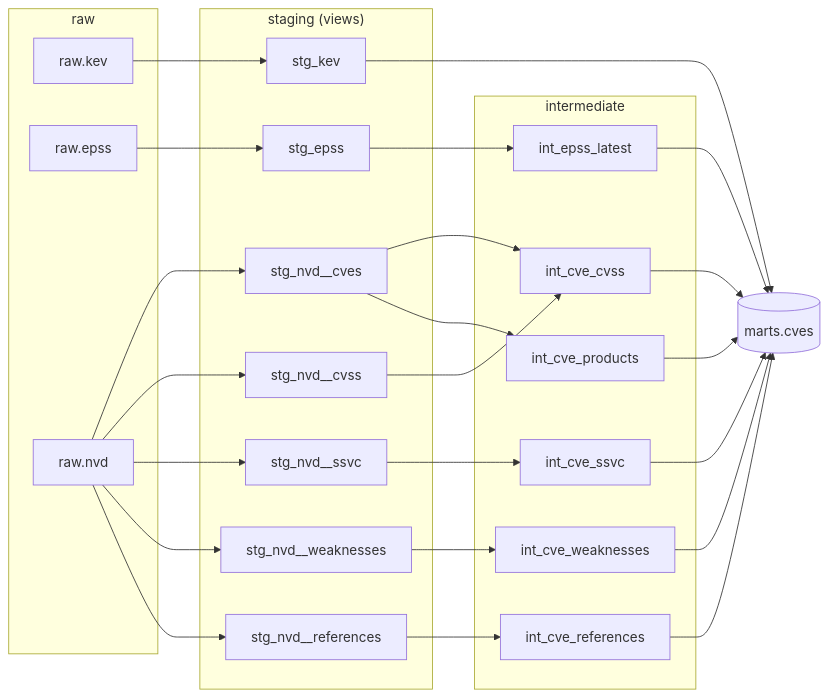
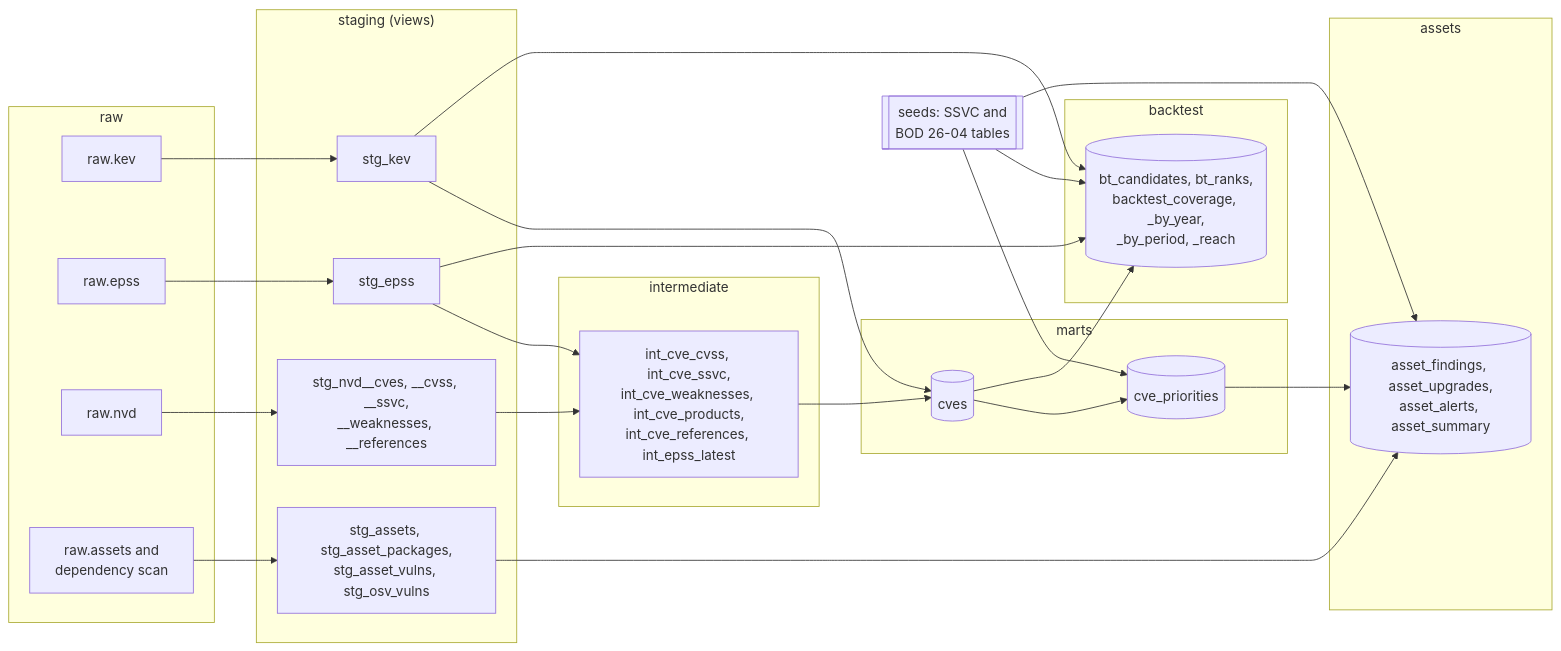
Before and after one commit to JoaoPedro0305/vuln-priority-pipeline: the second of 2 diagrams in README.md, drawn with Mermaid. The commit also changed other lines of this file and 1 other file, not shown here.

````diff
--- a/README.md
+++ b/README.md
@@ -119,35 +167,39 @@
 ```mermaid
 flowchart LR
     subgraph raw
         R1[raw.kev]
         R2[raw.epss]
         R3[raw.nvd]
+        R4[raw.assets and<br/>dependency scan]
     end
     subgraph staging["staging (views)"]
         S1[stg_kev]
         S2[stg_epss]
-        S3[stg_nvd__cves]
-        S4[stg_nvd__cvss]
-        S5[stg_nvd__ssvc]
-        S6[stg_nvd__weaknesses]
-        S7[stg_nvd__references]
+        S3["stg_nvd__cves, __cvss, __ssvc,<br/>__weaknesses, __references"]
+        S4["stg_assets, stg_asset_packages,<br/>stg_asset_vulns, stg_osv_vulns"]
     end
     subgraph intermediate
-        I1[int_cve_cvss]
-        I2[int_cve_ssvc]
-        I3[int_cve_weaknesses]
-        I4[int_cve_products]
-        I5[int_cve_references]
-        I6[int_epss_latest]
+        I1["int_cve_cvss, int_cve_ssvc,<br/>int_cve_weaknesses, int_cve_products,<br/>int_cve_references, int_epss_latest"]
     end
+    subgraph marts
+        M1[(cves)]
+        M2[(cve_priorities)]
+    end
+    subgraph backtest
+        B1[("bt_candidates, bt_ranks,<br/>backtest_coverage, _by_year,<br/>_by_period, _reach")]
+    end
+    subgraph assets
+        A1[("asset_findings, asset_upgrades,<br/>asset_alerts, asset_summary")]
+    end
+    SEEDS[["seeds: SSVC and<br/>BOD 26-04 tables"]]
     R1 --> S1
     R2 --> S2
-    R3 --> S3 & S4 & S5 & S6 & S7
-    S4 --> I1
-    S3 --> I1 & I4
-    S5 --> I2
-    S6 --> I3
-    S7 --> I5
-    S2 --> I6
-    S1 & I1 & I2 & I3 & I4 & I5 & I6 --> M[(marts.cves)]
+    R3 --> S3
+    R4 --> S4
+    S3 --> I1
+    S2 --> I1
+    S1 & I1 --> M1 --> M2
+    SEEDS --> M2 & B1 & A1
+    M1 & S1 & S2 --> B1
+    M2 & S4 --> A1
 ```
````
